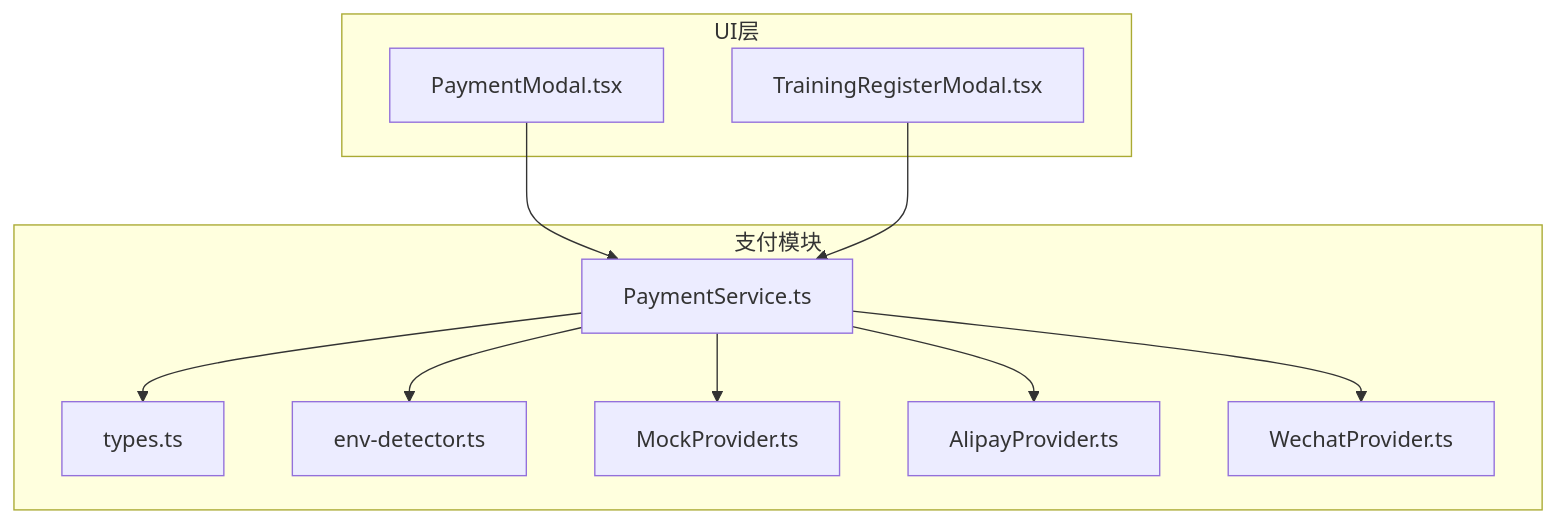
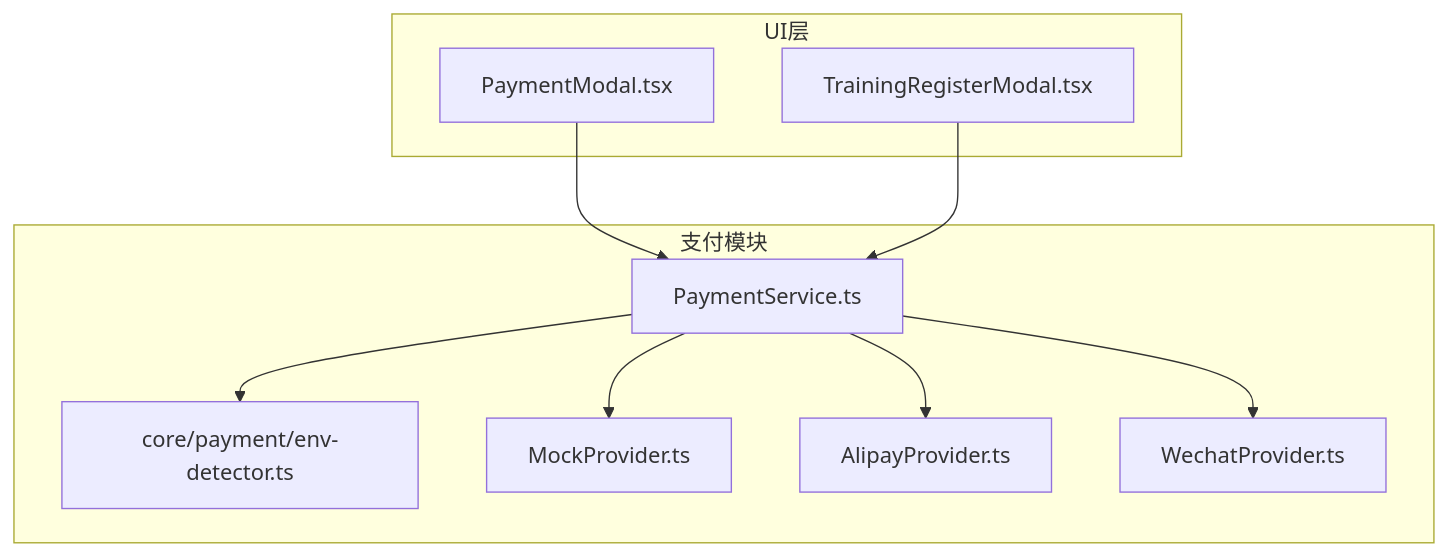
Before and after one commit to Hu-Right/supply-os: the first of 4 diagrams in .qoder/repowiki/zh/content/支付系统集成/模拟支付提供商.md, drawn with Mermaid. The commit also changed other lines of this file and 39 other files, not shown here.

````diff
--- a/.qoder/repowiki/zh/content/支付系统集成/模拟支付提供商.md
+++ b/.qoder/repowiki/zh/content/支付系统集成/模拟支付提供商.md
@@ -38,22 +43,20 @@
 ```mermaid
 graph TB
 subgraph "支付模块"
-T["types.ts"]
 MS["PaymentService.ts"]
-MD["env-detector.ts"]
+MD["core/payment/env-detector.ts"]
 MP["MockProvider.ts"]
 AP["AlipayProvider.ts"]
 WP["WechatProvider.ts"]
 end
 subgraph "UI层"
 PM["PaymentModal.tsx"]
 TRM["TrainingRegisterModal.tsx"]
 end
 PM --> MS
 TRM --> MS
-MS --> T
 MS --> MD
 MS --> MP
 MS --> AP
 MS --> WP
 ```
````
